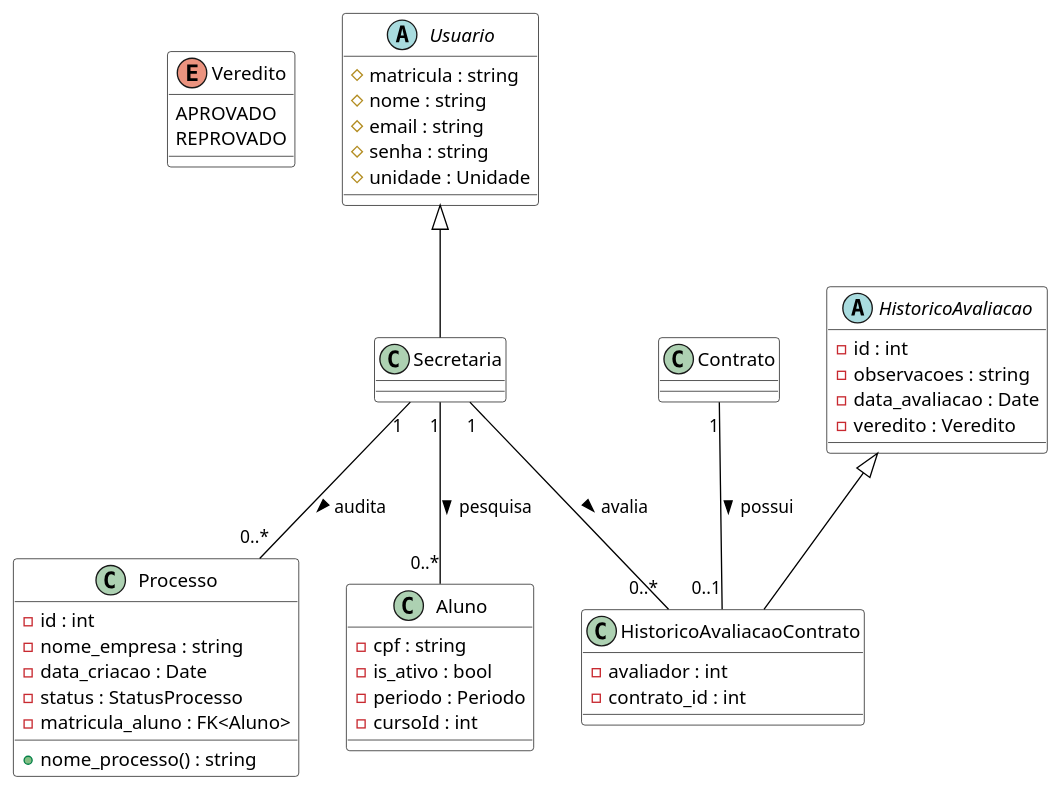
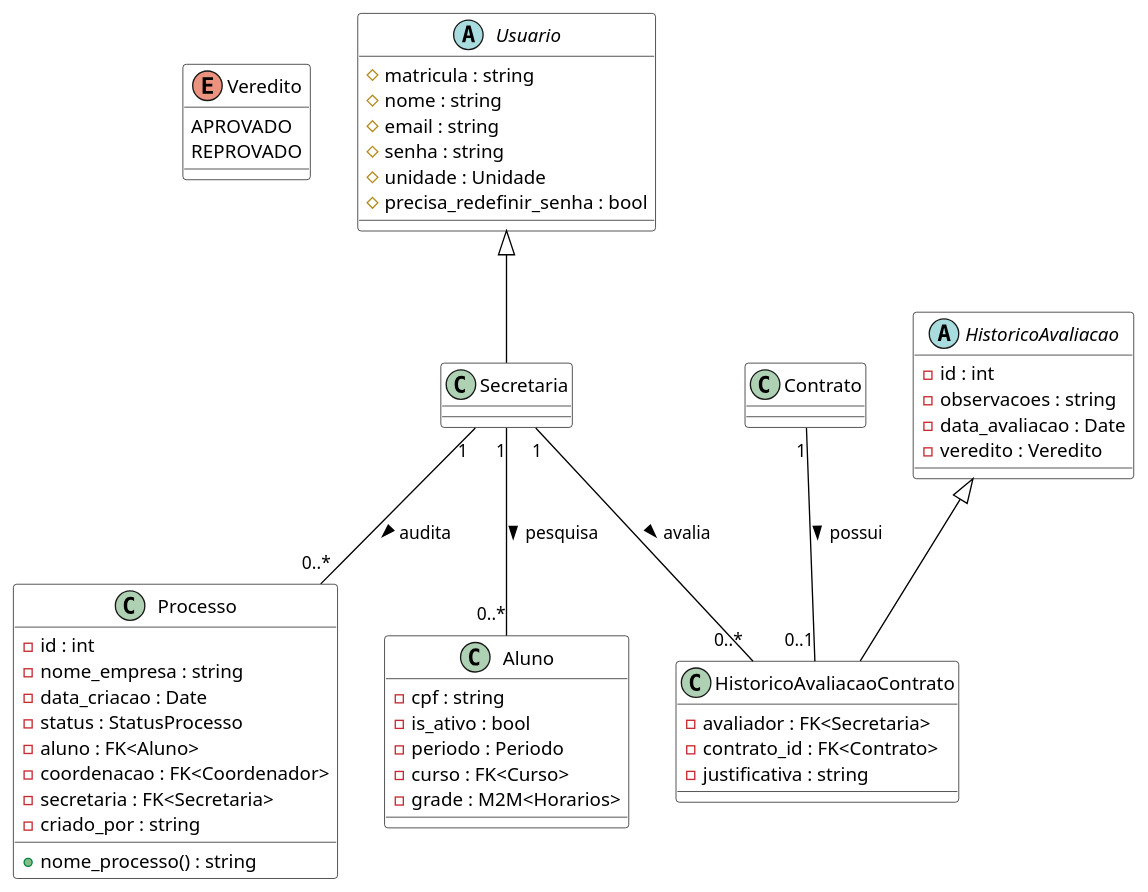
The diagram in docs/assets/Diagramas/src/diagrama_classes_secretaria.puml (Projetos-de-Extensao/PBE_26.1_8002_III), drawn with PlantUML before and after one commit. The commit also changed 7 other files, not shown here.

Commit message:
docs: atualização dos diagramas de classe para refletir o desenvolvimento

```diff
--- a/docs/assets/Diagramas/src/diagrama_classes_secretaria.puml
+++ b/docs/assets/Diagramas/src/diagrama_classes_secretaria.puml
@@ -1,65 +1,71 @@
 @startuml
 
 ' --- Estilos ---
 skinparam class {
     BackgroundColor White
     ArrowColor Black
     BorderColor Black
 }
 
 ' --- Enums ---
 enum Veredito {
     APROVADO
     REPROVADO
 }
 
 ' --- Classes Relevantes ---
 abstract class Usuario {
     # matricula : string
     # nome : string
     # email : string
     # senha : string
     # unidade : Unidade
+    # precisa_redefinir_senha : bool
 }
 
 class Secretaria extends Usuario {
 }
 
 class Processo {
     - id : int
     - nome_empresa : string
     - data_criacao : Date
     - status : StatusProcesso
-    - matricula_aluno : FK<Aluno>
+    - aluno : FK<Aluno>
+    - coordenacao : FK<Coordenador>
+    - secretaria : FK<Secretaria>
+    - criado_por : string
     + nome_processo() : string
 }
 
 class Aluno {
     - cpf : string
     - is_ativo : bool
     - periodo : Periodo
-    - cursoId : int
+    - curso : FK<Curso>
+    - grade : M2M<Horarios>
 }
 
 class Contrato {
 }
 
 abstract class HistoricoAvaliacao {
     - id : int
     - observacoes : string
     - data_avaliacao : Date
     - veredito : Veredito
 }
 
 class HistoricoAvaliacaoContrato extends HistoricoAvaliacao {
-    - avaliador : int
-    - contrato_id : int
+    - avaliador : FK<Secretaria>
+    - contrato_id : FK<Contrato>
+    - justificativa : string
 }
 
 ' --- Relacionamentos ---
 Secretaria "1" -- "0..*" Processo : audita >
 Secretaria "1" -- "0..*" Aluno : pesquisa >
 Secretaria "1" -- "0..*" HistoricoAvaliacaoContrato : avalia >
 Contrato "1" -- "0..1" HistoricoAvaliacaoContrato : possui >
 
 @enduml
```
